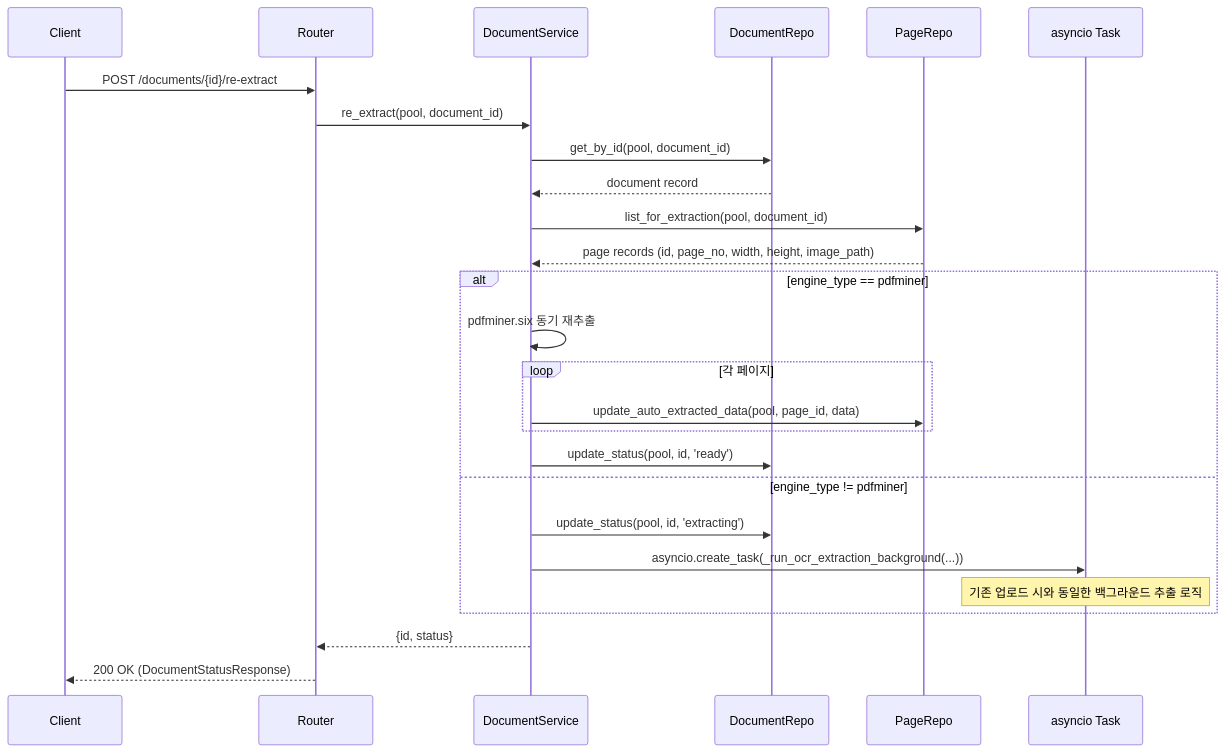
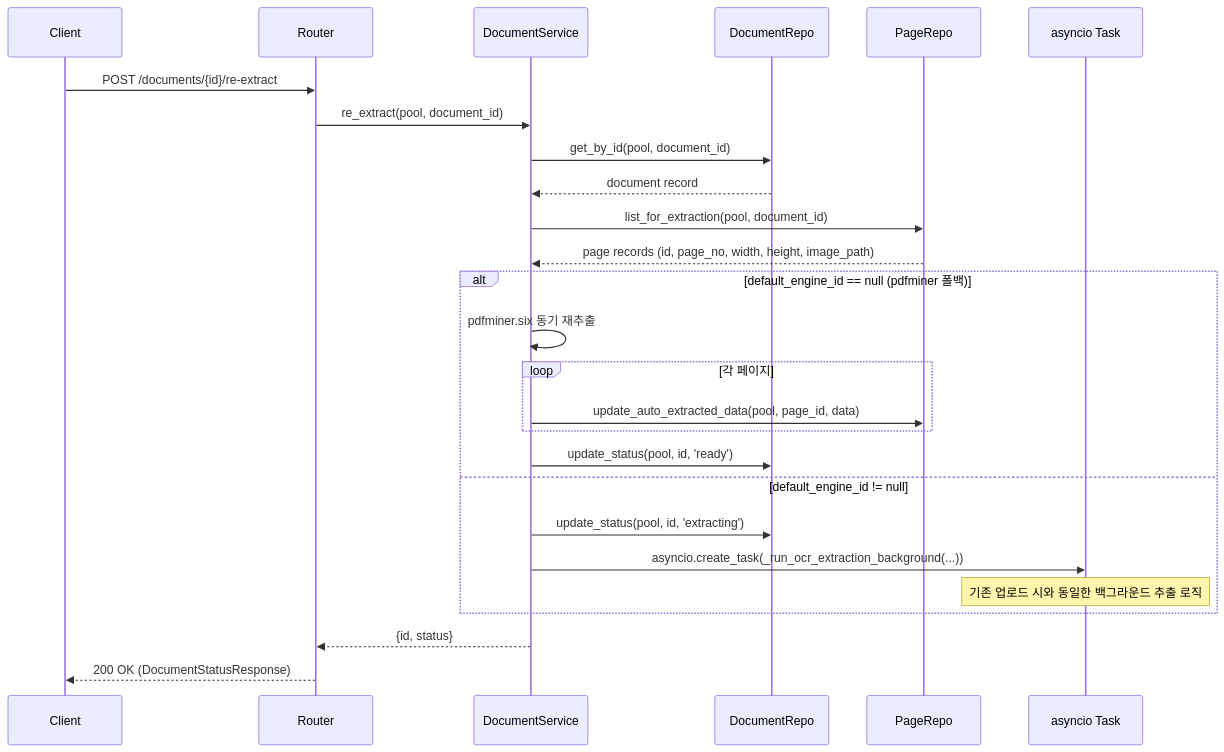
One commit to appleparan/saegim changed the sixth of 7 diagrams in docs/backend/architecture/architecture.md. Above: the diagram before and after it, drawn with Mermaid. The commit also changed other lines of this file and 12 other files, not shown here.

First line of the commit message:
docs: update documentation for multi-instance OCR engine architecture

````diff
--- a/docs/backend/architecture/architecture.md
+++ b/docs/backend/architecture/architecture.md
@@ -199,31 +199,31 @@
 ```mermaid
 sequenceDiagram
     participant C as Client
     participant R as Router
     participant DS as DocumentService
     participant DR as DocumentRepo
     participant PR as PageRepo
     participant BG as asyncio Task
 
     C->>R: POST /documents/{id}/re-extract
     R->>DS: re_extract(pool, document_id)
     DS->>DR: get_by_id(pool, document_id)
     DR-->>DS: document record
     DS->>PR: list_for_extraction(pool, document_id)
     PR-->>DS: page records (id, page_no, width, height, image_path)
 
-    alt engine_type == pdfminer
+    alt default_engine_id == null (pdfminer 폴백)
         DS->>DS: pdfminer.six 동기 재추출
         loop 각 페이지
             DS->>PR: update_auto_extracted_data(pool, page_id, data)
         end
         DS->>DR: update_status(pool, id, 'ready')
-    else engine_type != pdfminer
+    else default_engine_id != null
         DS->>DR: update_status(pool, id, 'extracting')
         DS->>BG: asyncio.create_task(_run_ocr_extraction_background(...))
         Note over BG: 기존 업로드 시와 동일한 백그라운드 추출 로직
     end
 
     DS-->>R: {id, status}
     R-->>C: 200 OK (DocumentStatusResponse)
 ```
````
